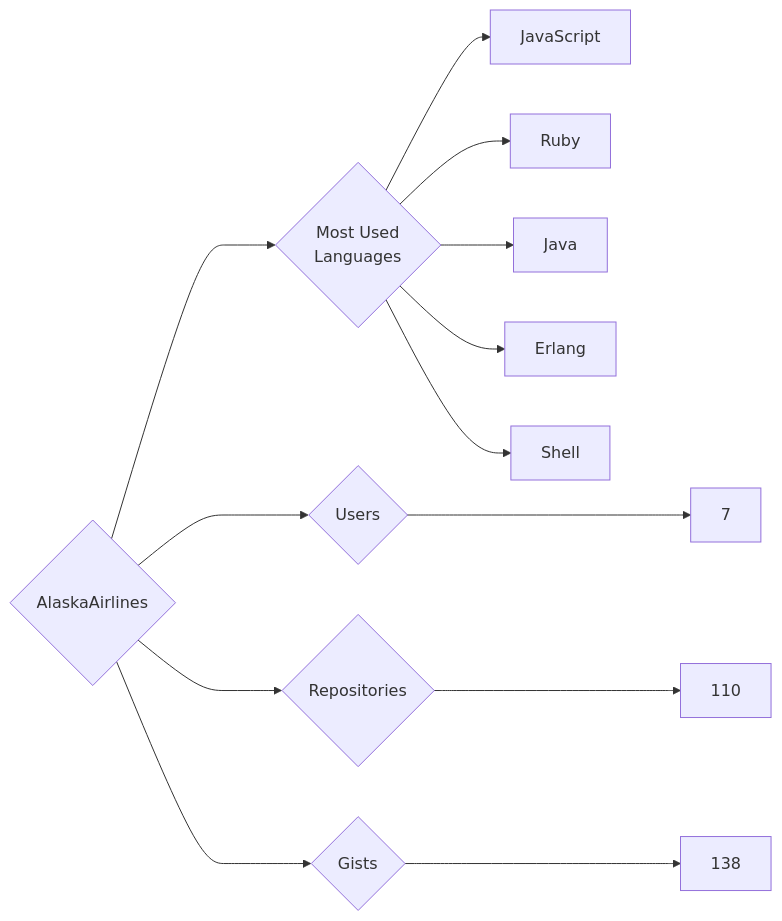
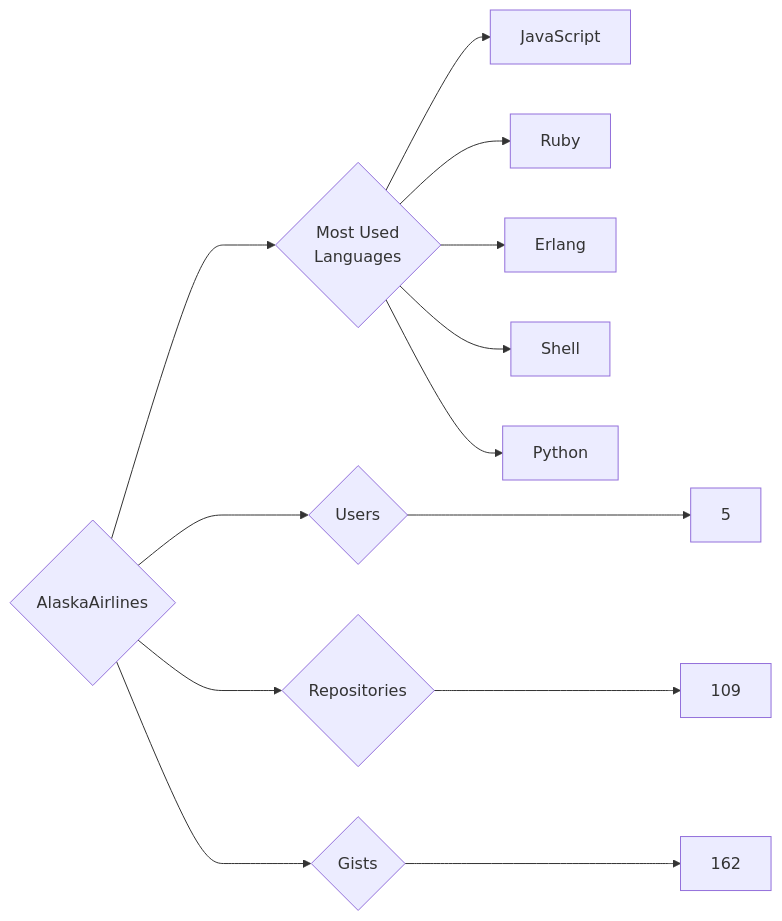
The diagram in targets/AlaskaAirlines/README.md (trickest/insiders), drawn with Mermaid before and after one commit. The commit also changed 1023 other files, not shown here.

````diff
--- a/targets/AlaskaAirlines/README.md
+++ b/targets/AlaskaAirlines/README.md
@@ -3,13 +3,13 @@
 ```mermaid
 graph LR
 COMPANY_NAME{AlaskaAirlines}
-COMPANY_NAME ---> U{Users} ---> UN[7]
-COMPANY_NAME ---> R{Repositories} ---> RN[110]
-COMPANY_NAME ---> G{Gists} ---> GN[138]
+COMPANY_NAME ---> U{Users} ---> UN[5]
+COMPANY_NAME ---> R{Repositories} ---> RN[109]
+COMPANY_NAME ---> G{Gists} ---> GN[162]
 COMPANY_NAME ---> ML{Most Used<br>Languages}
 ML --> JavaScript[JavaScript]
 ML --> Ruby[Ruby]
-ML --> Java[Java]
 ML --> Erlang[Erlang]
 ML --> Shell[Shell]
+ML --> Python[Python]
 ```
````
